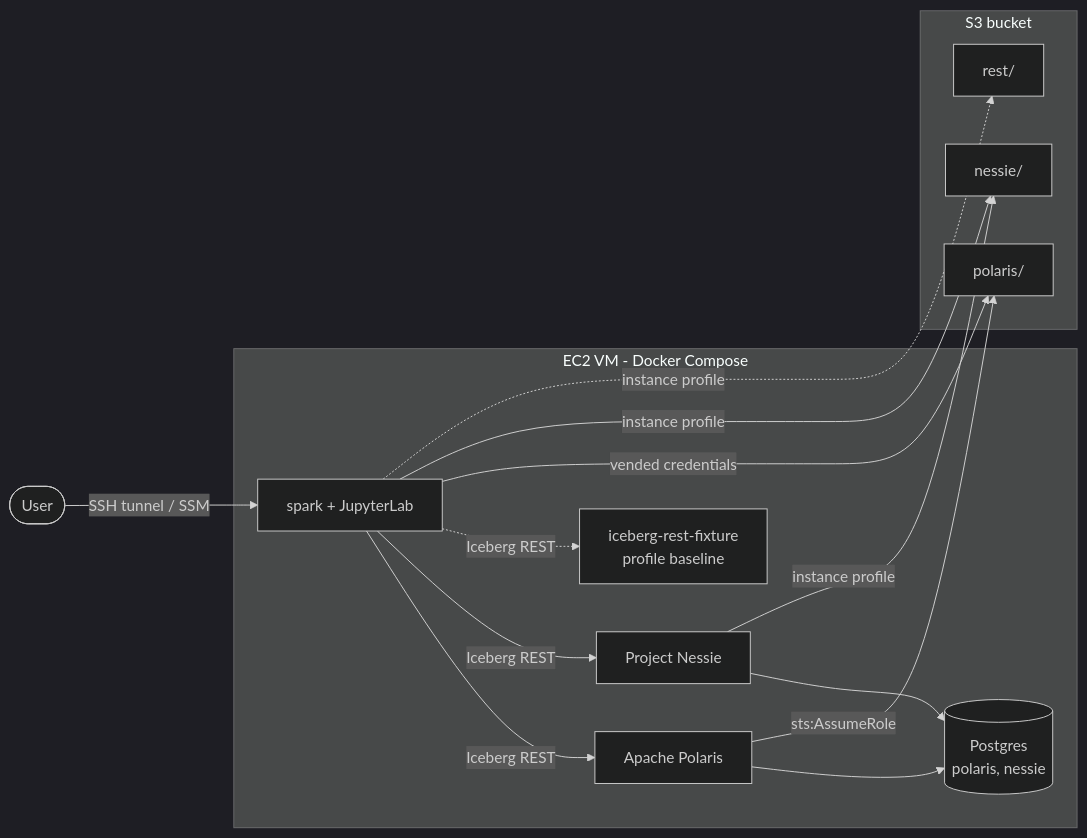
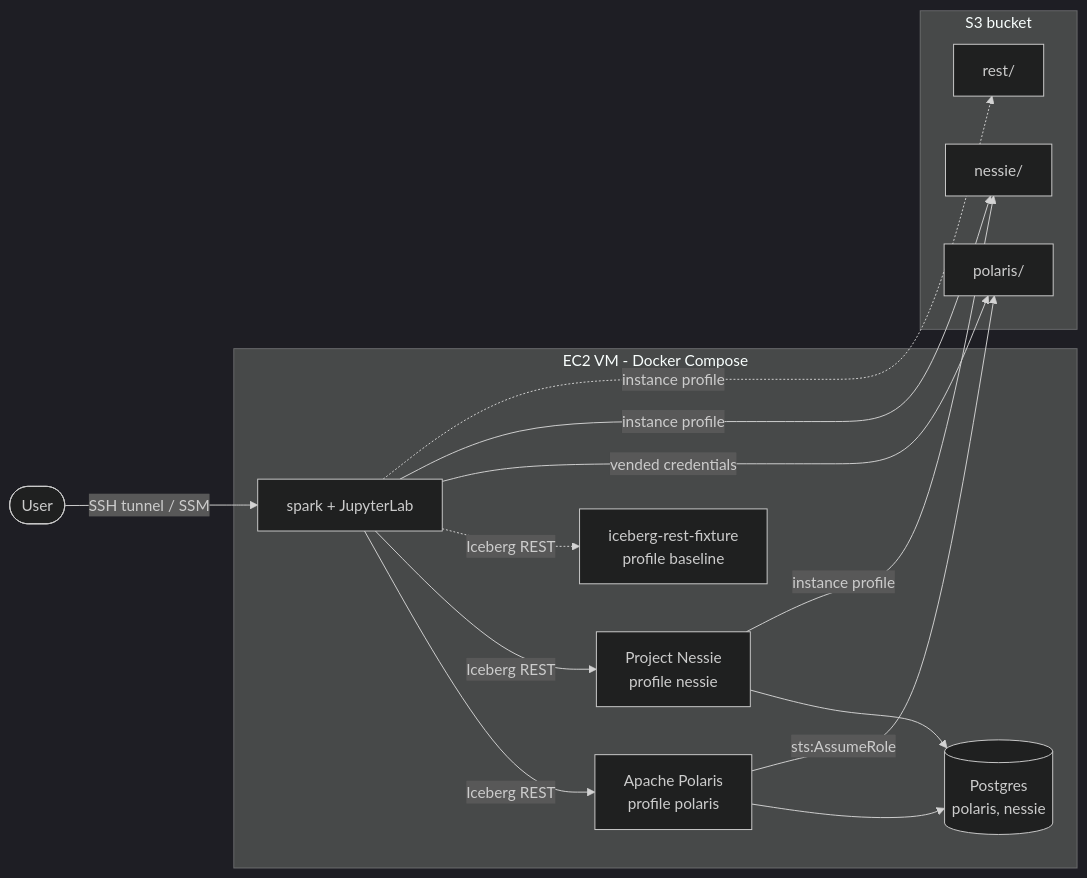
The diagram in README.md (sramazzina/iceberg-platform-poc), drawn with Mermaid (dark theme) before and after one commit. The commit also changed other lines of this file, not shown here.

````diff
--- a/README.md
+++ b/README.md
@@ -104,26 +28,26 @@
 ```mermaid
 flowchart LR
   user([User]) -- SSH tunnel / SSM --> jupyter
   subgraph vm[EC2 VM - Docker Compose]
     jupyter[spark + JupyterLab]
-    polaris[Apache Polaris]
-    nessie[Project Nessie]
+    polaris[Apache Polaris<br/>profile polaris]
+    nessie[Project Nessie<br/>profile nessie]
     rest[iceberg-rest-fixture<br/>profile baseline]
     pg[(Postgres<br/>polaris, nessie)]
     jupyter -- Iceberg REST --> polaris
     jupyter -- Iceberg REST --> nessie
     jupyter -. Iceberg REST .-> rest
     polaris --> pg
     nessie --> pg
   end
   subgraph s3[S3 bucket]
     p[polaris/]
     n[nessie/]
     r[rest/]
   end
   jupyter -- vended credentials --> p
   jupyter -- instance profile --> n
   jupyter -. instance profile .-> r
   polaris -- sts:AssumeRole --> p
   nessie -- instance profile --> n
 ```
````
